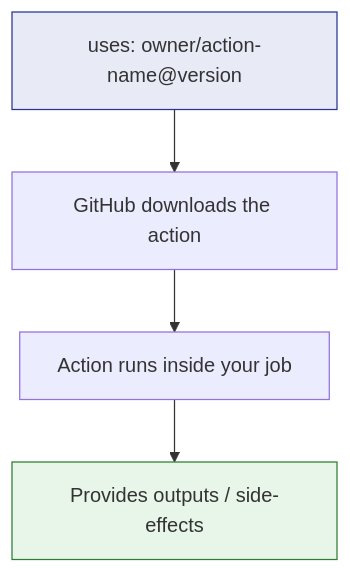
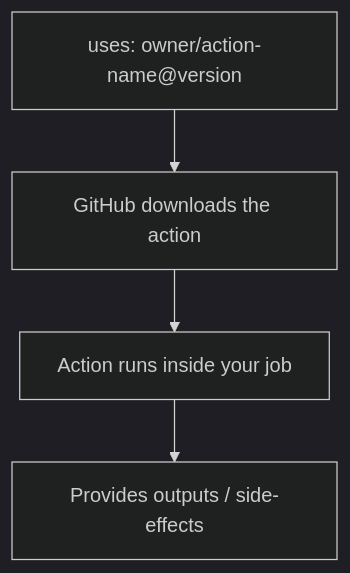
One commit to vishutyagi0210/github-ci-cd-with-labs changed the third of 4 diagrams in 02-step-types/README.md. Above: the diagram before and after it, drawn with Mermaid. The commit also changed other lines of this file and 13 other files, not shown here.

Commit message:
fix: switch all mermaid diagrams to dark theme for better readability

````diff
--- a/02-step-types/README.md
+++ b/02-step-types/README.md
@@ -96,9 +90,8 @@
 ```mermaid
+%%{init: {"theme": "dark"}}%%
 graph TD
     A["uses: owner/action-name@version"] --> B["GitHub downloads the action"]
     B --> C["Action runs inside your job"]
     C --> D["Provides outputs / side-effects"]
 
-    style A fill:#e8eaf6,stroke:#283593
-    style D fill:#e8f5e9,stroke:#2e7d32
 ```
````
